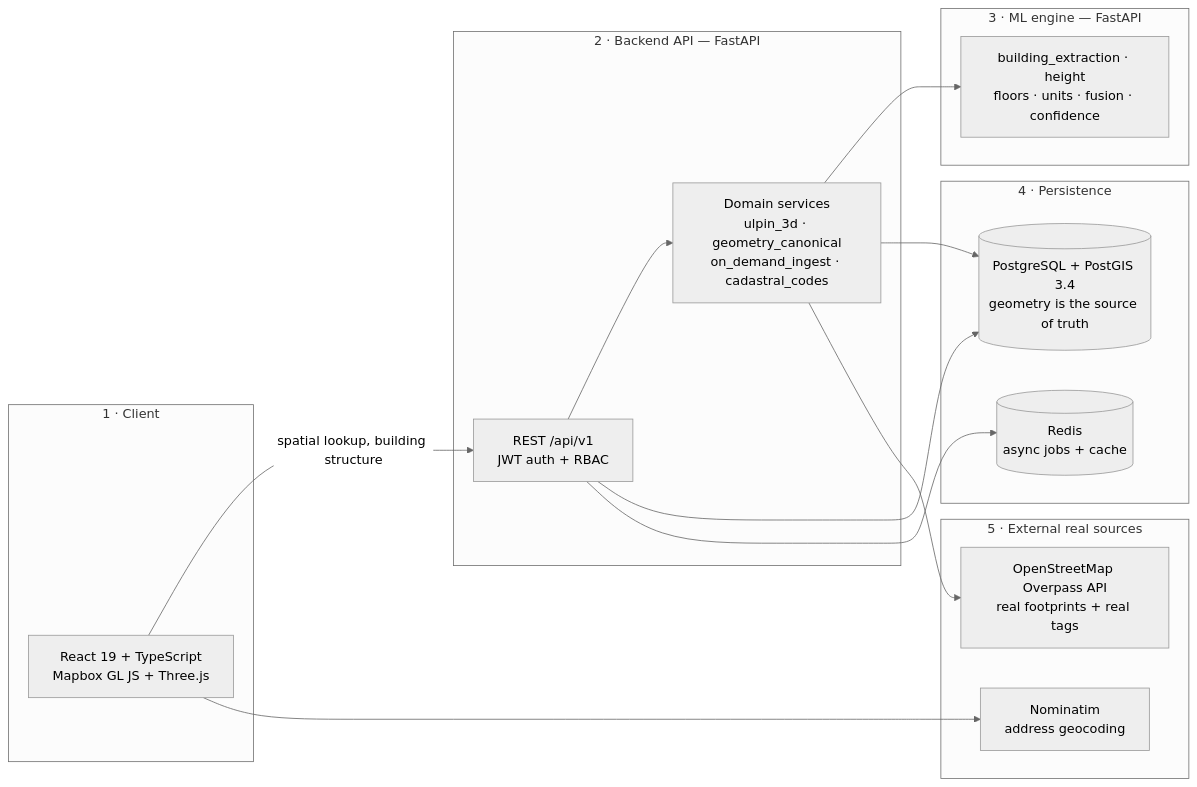
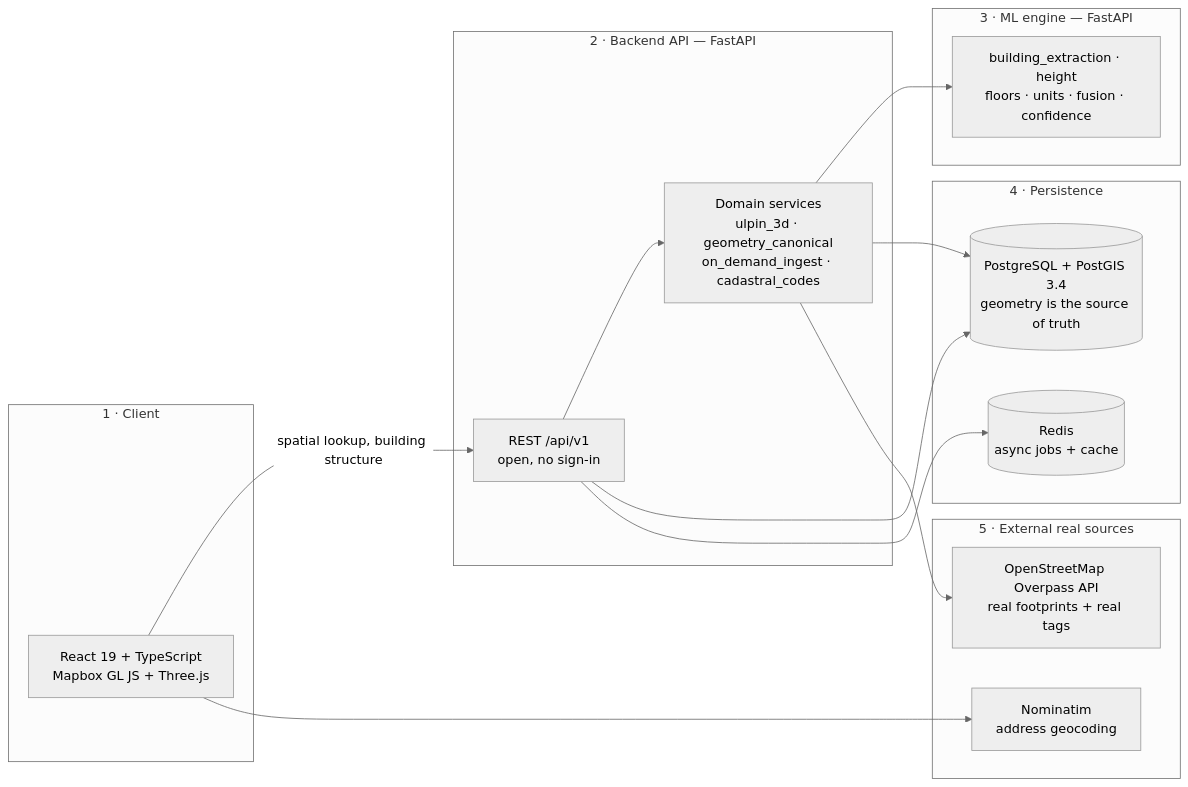
One commit to AmaanHuda/strata changed the first of 3 diagrams in README.md. Above: the diagram before and after it, drawn with Mermaid (neutral theme). The commit also changed other lines of this file and 26 other files, not shown here.

````diff
--- a/README.md
+++ b/README.md
@@ -45,34 +45,34 @@
 ```mermaid
 flowchart LR
     subgraph Client["1 · Client"]
         FE["React 19 + TypeScript<br/>Mapbox GL JS + Three.js"]
     end
 
     subgraph Service["2 · Backend API — FastAPI"]
-        API["REST /api/v1<br/>JWT auth + RBAC"]
+        API["REST /api/v1<br/>open, no sign-in"]
         DOM["Domain services<br/>ulpin_3d · geometry_canonical<br/>on_demand_ingest · cadastral_codes"]
     end
 
     subgraph MLE["3 · ML engine — FastAPI"]
         ML["building_extraction · height<br/>floors · units · fusion · confidence"]
     end
 
     subgraph Store["4 · Persistence"]
         PG[("PostgreSQL + PostGIS 3.4<br/>geometry is the source of truth")]
         REDIS[("Redis<br/>async jobs + cache")]
     end
 
     subgraph Ext["5 · External real sources"]
         OSM["OpenStreetMap Overpass API<br/>real footprints + real tags"]
         GEO["Nominatim<br/>address geocoding"]
     end
 
     FE -->|"spatial lookup, building structure"| API
     API --> DOM
     DOM --> ML
     DOM --> PG
     API --> PG
     API --> REDIS
     DOM --> OSM
     FE --> GEO
 ```
````
